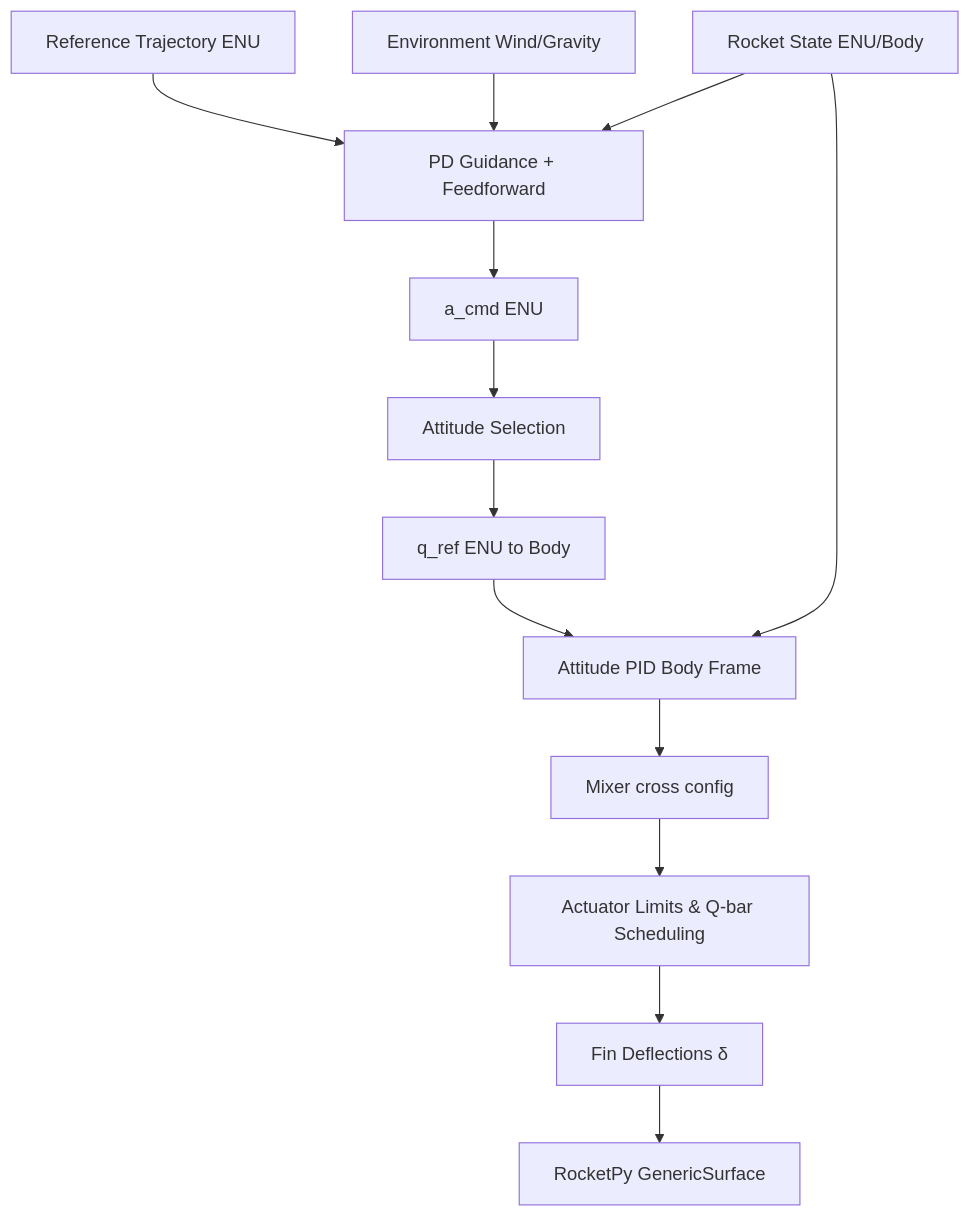
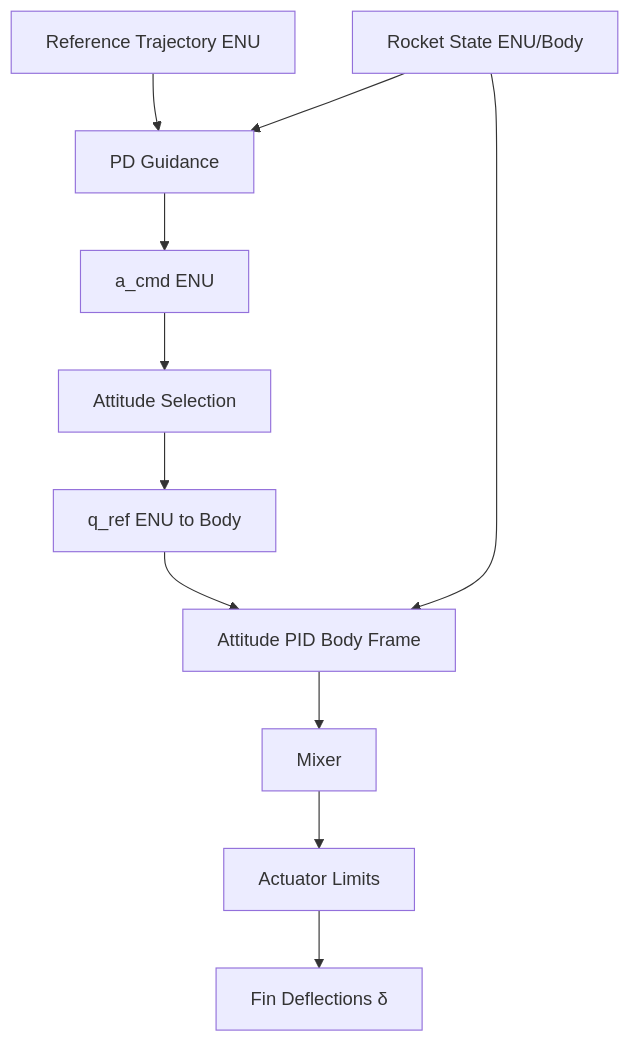
The diagram in docs/modules/controllers.md (Zalex10GG/Rocket-trajectory-control), drawn with Mermaid before and after one commit. The commit also changed other lines of this file and 17 other files, not shown here.

````diff
--- a/docs/modules/controllers.md
+++ b/docs/modules/controllers.md
@@ -9,20 +9,13 @@
 ```mermaid
 graph TD
-    Ref[Reference Trajectory ENU] --> Guidance[PD Guidance + Feedforward]
-    Env[Environment Wind/Gravity] --> Guidance
+    Ref[Reference Trajectory ENU] --> Guidance[PD Guidance]
     State[Rocket State ENU/Body] --> Guidance
-    
     Guidance --> AccelCmd[a_cmd ENU]
-    
     AccelCmd --> AttSelection[Attitude Selection]
     AttSelection --> QRef[q_ref ENU to Body]
-    
     QRef --> AttPID[Attitude PID Body Frame]
     State --> AttPID
-    
-    AttPID --> Mixer[Mixer cross config]
-    Mixer --> Actuators[Actuator Limits & Q-bar Scheduling]
-    
+    AttPID --> Mixer[Mixer]
+    Mixer --> Actuators[Actuator Limits]
     Actuators --> Deltas[Fin Deflections δ]
-    Deltas --> RocketPy[RocketPy GenericSurface]
 ```
````
